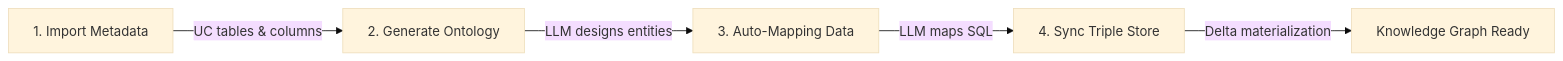
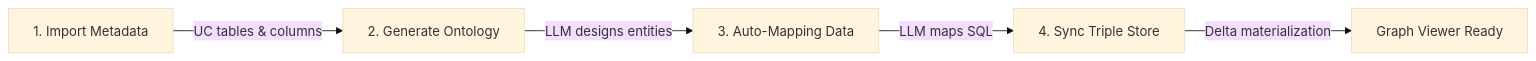
The second of 2 diagrams in docs/product.md (kmitul/ontobricks), drawn with Mermaid (base theme) before and after one commit. The commit also changed other lines of this file and 123 other files, not shown here.

First line of the commit message:
rename: Digital Twin → Knowledge Graph, Knowledge Graph → Graph Viewer

````diff
--- a/docs/product.md
+++ b/docs/product.md
@@ -98,12 +98,12 @@
 ```mermaid
 flowchart LR
     S1["1. Import Metadata"]
     S2["2. Generate Ontology"]
     S3["3. Auto-Mapping Data"]
     S4["4. Sync Triple Store"]
 
     S1 -->|"UC tables & columns"| S2
     S2 -->|"LLM designs entities"| S3
     S3 -->|"LLM maps SQL"| S4
-    S4 -->|"Delta materialization"| KG["Knowledge Graph Ready"]
+    S4 -->|"Delta materialization"| KG["Graph Viewer Ready"]
 ```
````
